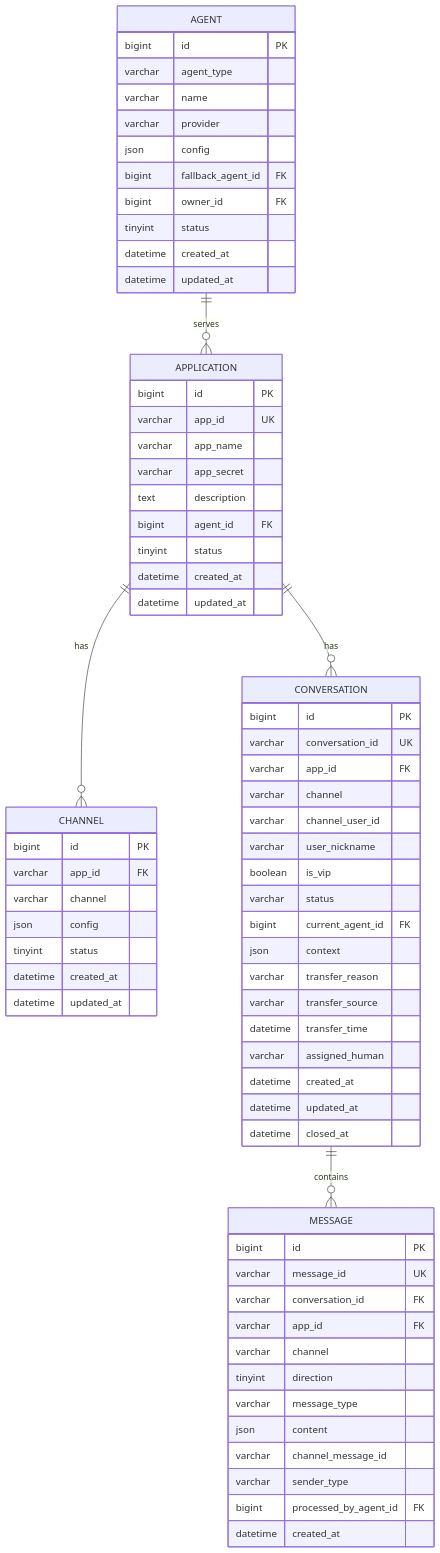
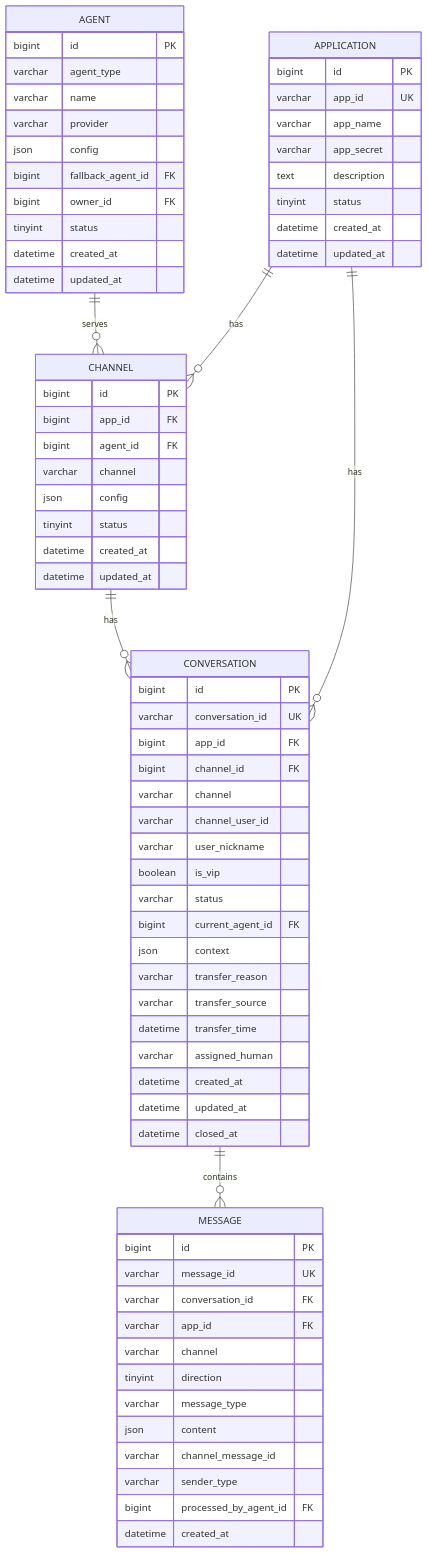
Before and after one commit to liushoukun/huizhida-chatbot: diagram 15 of 17 in docs/requirements.md, drawn with Mermaid. The commit also changed other lines of this file and 19 other files, not shown here.

````diff
--- a/docs/requirements.md
+++ b/docs/requirements.md
@@ -2372,77 +2373,79 @@
 ```mermaid
 erDiagram
-    AGENT ||--o{ APPLICATION : serves
+    AGENT ||--o{ CHANNEL : serves
     APPLICATION ||--o{ CHANNEL : has
     APPLICATION ||--o{ CONVERSATION : has
+    CHANNEL ||--o{ CONVERSATION : has
     CONVERSATION ||--o{ MESSAGE : contains
 
     AGENT {
         bigint id PK
         varchar agent_type
         varchar name
         varchar provider
         json config
         bigint fallback_agent_id FK
         bigint owner_id FK
         tinyint status
         datetime created_at
         datetime updated_at
     }
 
     APPLICATION {
         bigint id PK
         varchar app_id UK
         varchar app_name
         varchar app_secret
         text description
-        bigint agent_id FK
         tinyint status
         datetime created_at
         datetime updated_at
     }
 
     CHANNEL {
         bigint id PK
-        varchar app_id FK
+        bigint app_id FK
+        bigint agent_id FK
         varchar channel
         json config
         tinyint status
         datetime created_at
         datetime updated_at
     }
 
     CONVERSATION {
         bigint id PK
         varchar conversation_id UK
-        varchar app_id FK
+        bigint app_id FK
+        bigint channel_id FK
         varchar channel
         varchar channel_user_id
         varchar user_nickname
         boolean is_vip
         varchar status
         bigint current_agent_id FK
         json context
         varchar transfer_reason
         varchar transfer_source
         datetime transfer_time
         varchar assigned_human
         datetime created_at
         datetime updated_at
         datetime closed_at
     }
 
     MESSAGE {
         bigint id PK
         varchar message_id UK
         varchar conversation_id FK
         varchar app_id FK
         varchar channel
         tinyint direction
         varchar message_type
         json content
         varchar channel_message_id
         varchar sender_type
         bigint processed_by_agent_id FK
         datetime created_at
     }
 ```
````
